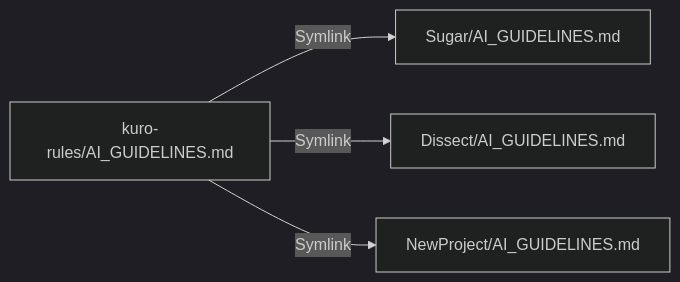
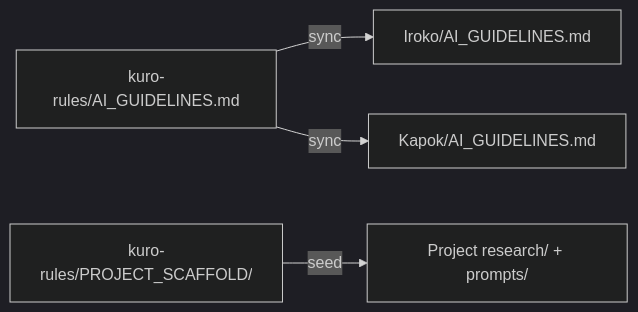
One commit to Lemniscate-world/kuro-rules changed the diagram in README.md. Above: the diagram before and after it, drawn with Mermaid (dark theme). The commit also changed other lines of this file and 6 other files, not shown here.

````diff
--- a/README.md
+++ b/README.md
@@ -10,6 +10,6 @@
 ```mermaid
 graph LR
-    A[kuro-rules/AI_GUIDELINES.md] -->|Symlink| B[Sugar/AI_GUIDELINES.md]
-    A -->|Symlink| C[Dissect/AI_GUIDELINES.md]
-    A -->|Symlink| D[NewProject/AI_GUIDELINES.md]
+    A["kuro-rules/AI_GUIDELINES.md"] -->|sync| B["Iroko/AI_GUIDELINES.md"]
+    A -->|sync| C["Kapok/AI_GUIDELINES.md"]
+    D["kuro-rules/PROJECT_SCAFFOLD/"] -->|seed| E["Project research/ + prompts/"]
 ```
````
